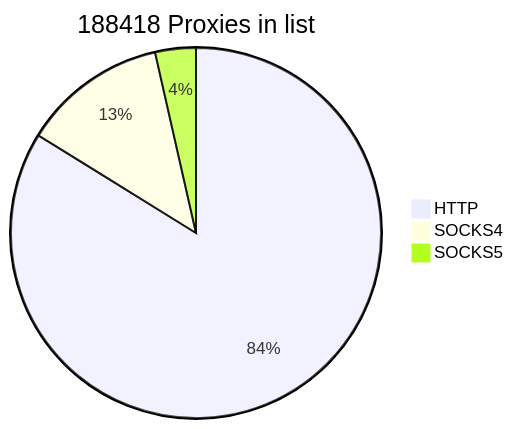
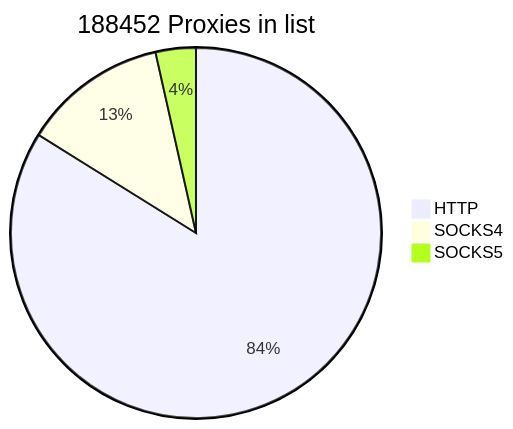
One commit to cutipu/proxylist changed the first of 2 diagrams in README.md. Above: the diagram before and after it, drawn with Mermaid. The commit also changed other lines of this file, not shown here.

````diff
--- a/README.md
+++ b/README.md
@@ -2,7 +2,7 @@
 ```mermaid
-pie title 188418 Proxies in list
-    "HTTP" : 157947
+pie title 188452 Proxies in list
+    "HTTP" : 158052
     "SOCKS4" : 23781
-    "SOCKS5" : 6690
+    "SOCKS5" : 6619
             
 ```
````
